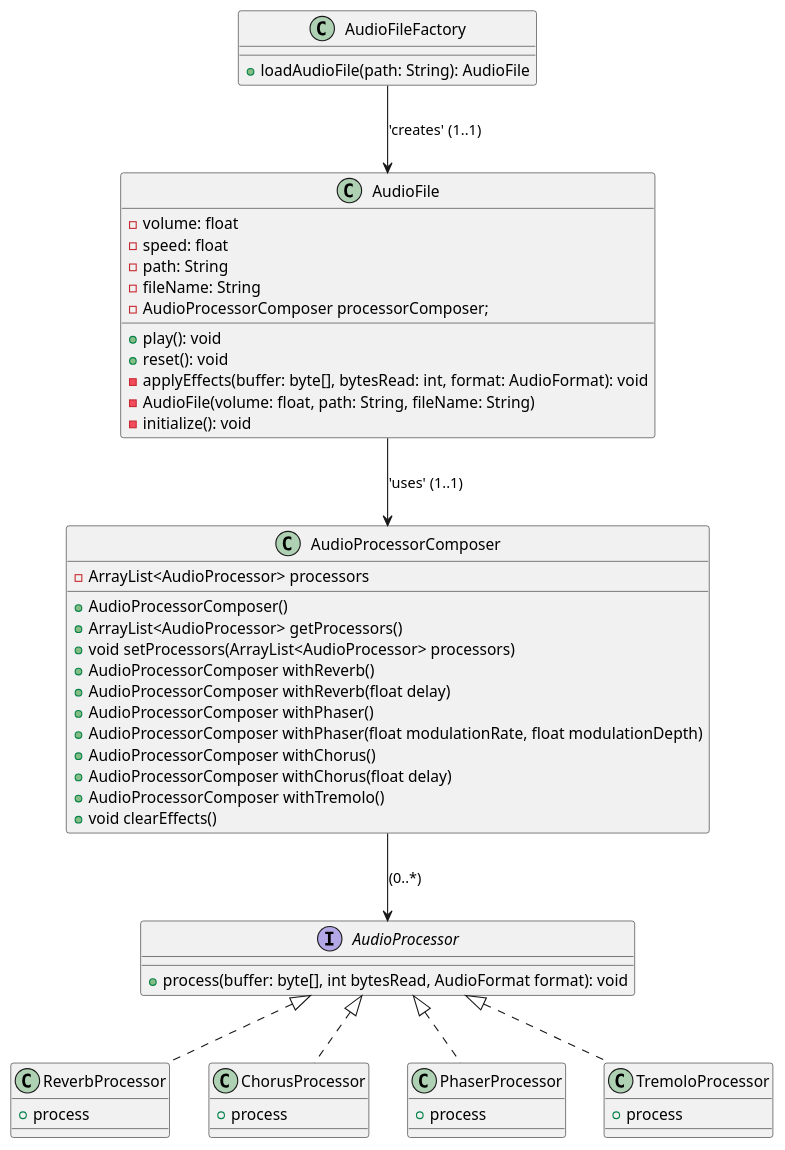
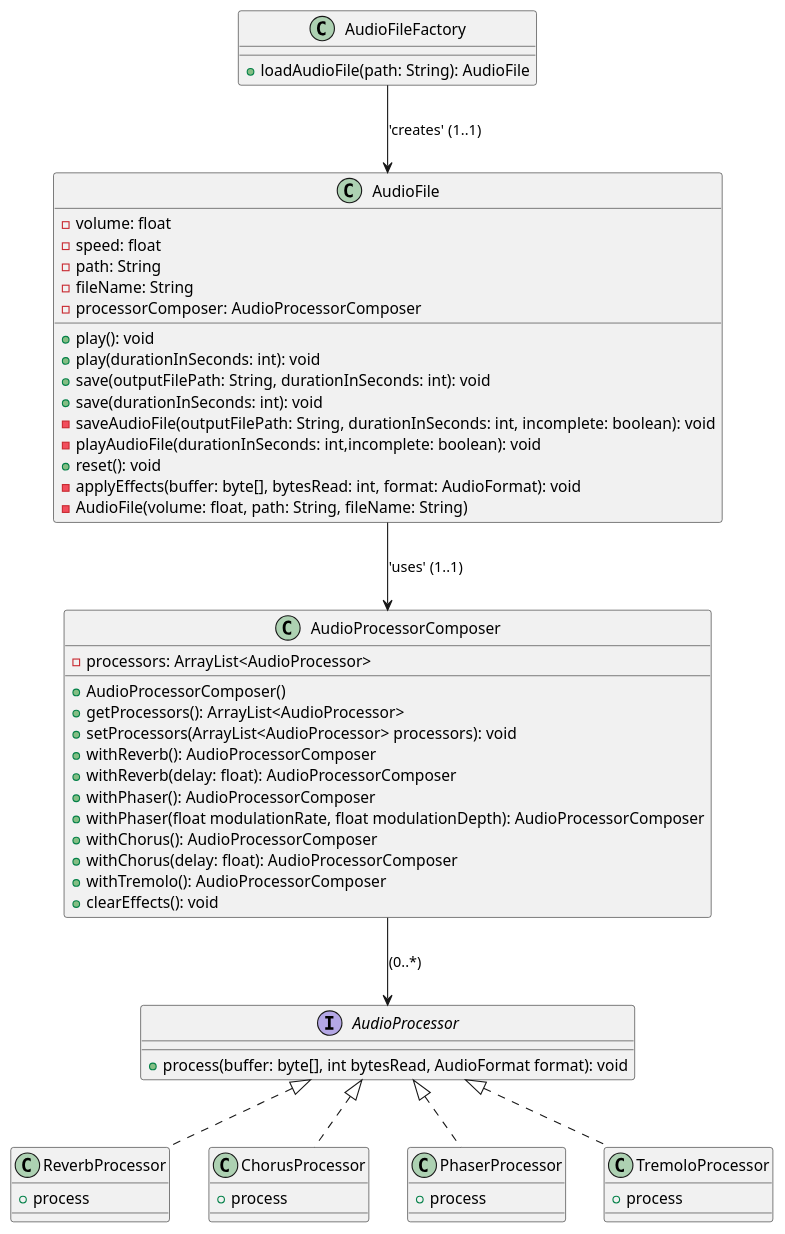
One commit to j-augusto-oliveira-sant/chirp-chirp-framework changed the diagram in Diagram.puml. Above: the diagram before and after it, drawn with PlantUML. The commit also changed 19 other files, not shown here.

```diff
--- a/Diagram.puml
+++ b/Diagram.puml
@@ -1,62 +1,66 @@
 @startuml Diagrama
 
 'Facade (Structural Pattern)'
 class AudioFile {
     - volume: float
     - speed: float
     - path: String
     - fileName: String
-    - AudioProcessorComposer processorComposer;
+    - processorComposer: AudioProcessorComposer
 
     + play(): void
+    + play(durationInSeconds: int): void
+    + save(outputFilePath: String, durationInSeconds: int): void
+    + save(durationInSeconds: int): void
+    - saveAudioFile(outputFilePath: String, durationInSeconds: int, incomplete: boolean): void
+    - playAudioFile(durationInSeconds: int,incomplete: boolean): void
     + reset(): void
     - applyEffects(buffer: byte[], bytesRead: int, format: AudioFormat): void
     - AudioFile(volume: float, path: String, fileName: String)
-    - initialize(): void
 }
 
 'Composite (Structural Pattern)'
 class AudioProcessorComposer {
-    - ArrayList<AudioProcessor> processors
+    - processors: ArrayList<AudioProcessor>
     + AudioProcessorComposer()
-    + ArrayList<AudioProcessor> getProcessors()
-    + void setProcessors(ArrayList<AudioProcessor> processors)
-    + AudioProcessorComposer withReverb()
-    + AudioProcessorComposer withReverb(float delay)
-    + AudioProcessorComposer withPhaser()
-    + AudioProcessorComposer withPhaser(float modulationRate, float modulationDepth)
-    + AudioProcessorComposer withChorus()
-    + AudioProcessorComposer withChorus(float delay)
-    + AudioProcessorComposer withTremolo()
-    + void clearEffects()
+    + getProcessors(): ArrayList<AudioProcessor>
+    + setProcessors(ArrayList<AudioProcessor> processors): void
+    + withReverb(): AudioProcessorComposer
+    + withReverb(delay: float): AudioProcessorComposer
+    + withPhaser(): AudioProcessorComposer
+    + withPhaser(float modulationRate, float modulationDepth): AudioProcessorComposer
+    + withChorus(): AudioProcessorComposer
+    + withChorus(delay: float): AudioProcessorComposer
+    + withTremolo(): AudioProcessorComposer
+    + clearEffects(): void
 }
 
 'Factory (Creational Pattern)'
 class AudioFileFactory {
     + loadAudioFile(path: String): AudioFile
 }
 
 'Strategy (Behavioral Pattern)'
 interface AudioProcessor {
     + process(buffer: byte[], int bytesRead, AudioFormat format): void
 }
 
 class ReverbProcessor implements AudioProcessor {
     + process
 }
 class ChorusProcessor implements AudioProcessor {
     + process
 }
 class PhaserProcessor implements AudioProcessor {
     + process
 }
 class TremoloProcessor implements AudioProcessor {
     + process
 }
 
 'Association'
 AudioFileFactory --> AudioFile : 'creates' (1..1)
 AudioFile --> AudioProcessorComposer : 'uses' (1..1)
 AudioProcessorComposer --> AudioProcessor : (0..*)
 
 @enduml
```
